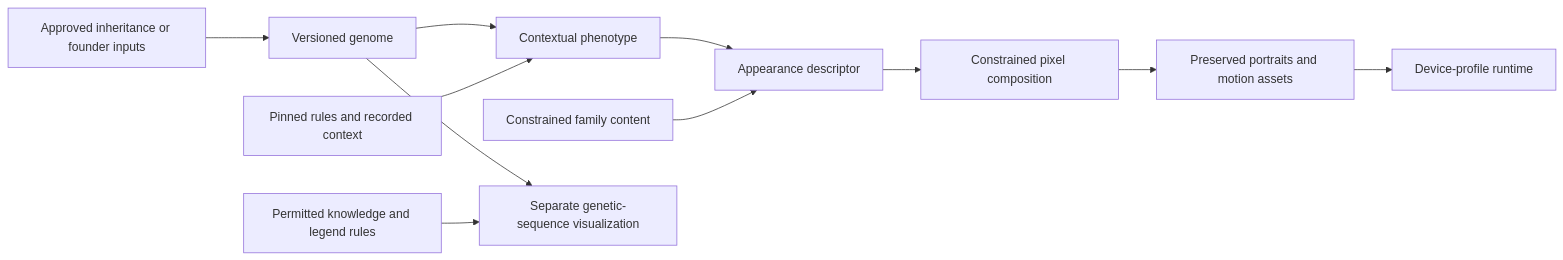
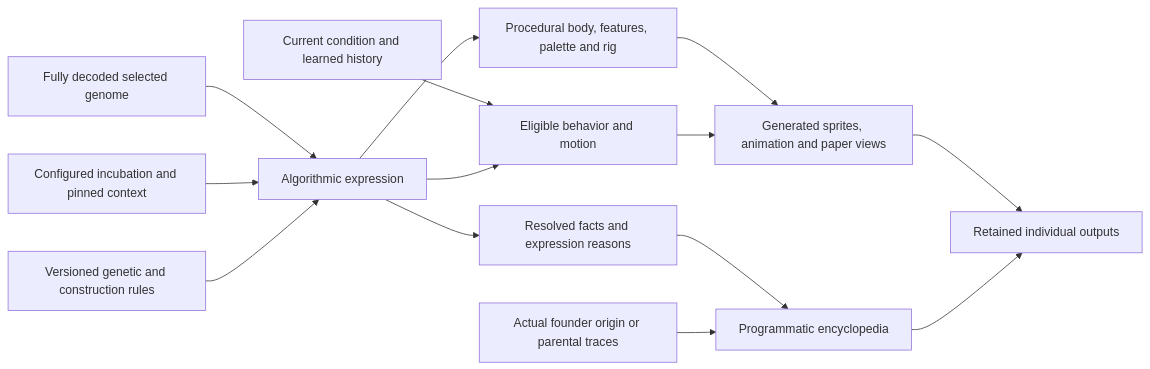
Before and after one commit to PacoCotera/critter-lab: the second of 3 diagrams in specs/architecture.md, drawn with Mermaid. The commit also changed other lines of this file and 5 other files, not shown here.

Commit message:
Define procedural encounters and genome-driven automatic creature production

````diff
--- a/specs/architecture.md
+++ b/specs/architecture.md
@@ -34,13 +46,16 @@
 ```mermaid
 flowchart LR
-  Input[Approved inheritance or founder inputs] --> Genome[Versioned genome]
-  Genome --> Phenotype[Contextual phenotype]
-  Rules[Pinned rules and recorded context] --> Phenotype
-  Phenotype --> Descriptor[Appearance descriptor]
-  Grammar[Constrained family content] --> Descriptor
-  Descriptor --> Pixels[Constrained pixel composition]
-  Pixels --> Assets[Preserved portraits and motion assets]
-  Assets --> Runtime[Device-profile runtime]
-  Genome --> Sequence[Separate genetic-sequence visualization]
-  Knowledge[Permitted knowledge and legend rules] --> Sequence
+  Genome[Fully decoded selected genome] --> Express[Algorithmic expression]
+  Config[Configured incubation and pinned context] --> Express
+  Rules[Versioned genetic and construction rules] --> Express
+  Express --> Body[Procedural body, features, palette and rig]
+  Body --> Graphics[Generated sprites, animation and paper views]
+  Express --> Facts[Resolved facts and expression reasons]
+  Facts --> Entry[Programmatic encyclopedia]
+  Origin[Actual founder origin or parental traces] --> Entry
+  State[Current condition and learned history] --> Behavior[Eligible behavior and motion]
+  Express --> Behavior
+  Behavior --> Graphics
+  Graphics --> Saved[Retained individual outputs]
+  Entry --> Saved
 ```
````
